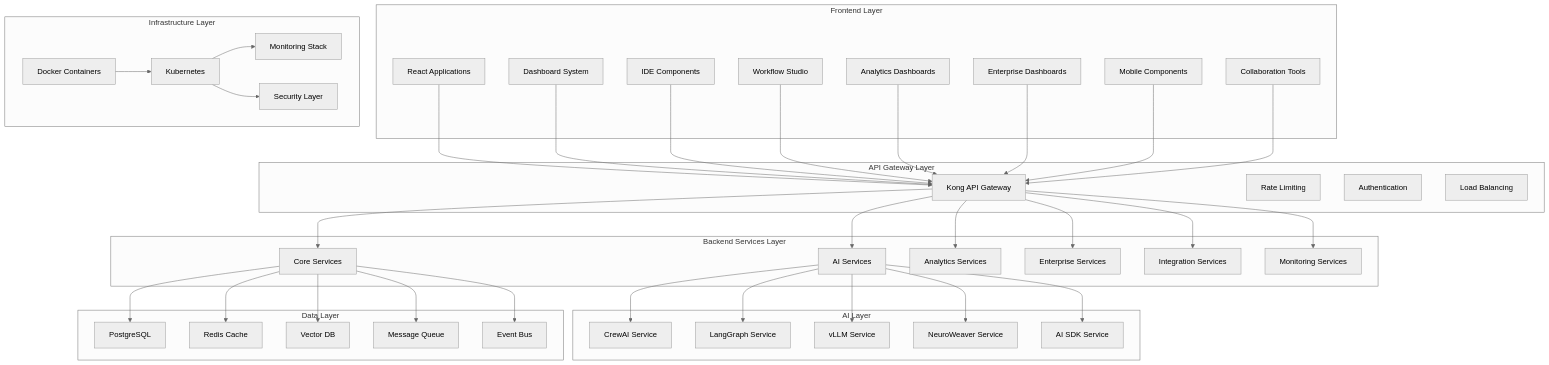
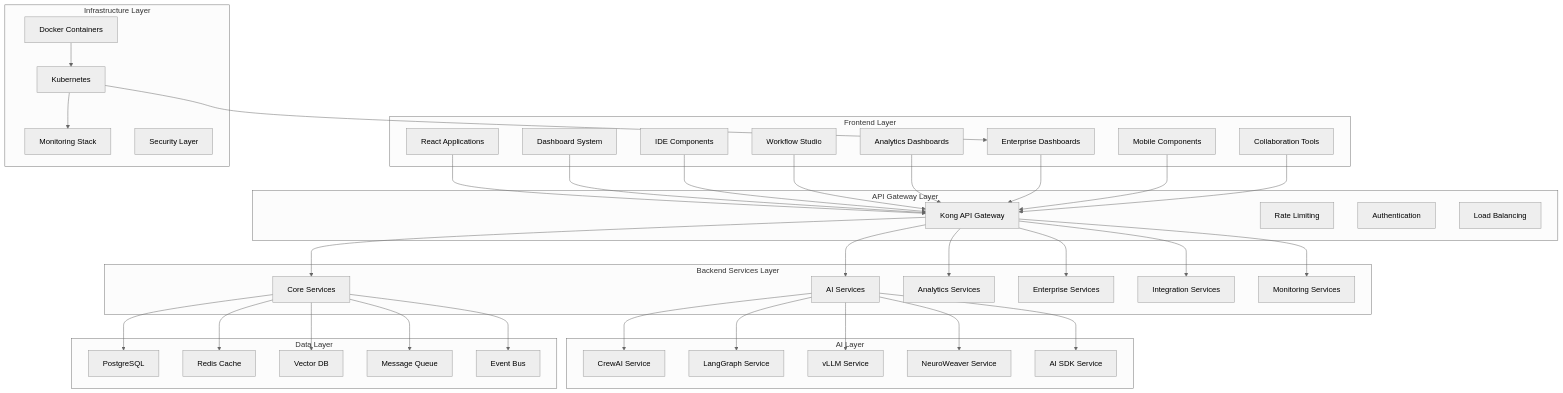
The diagram in docs/END_TO_END_INTEGRATION_DOCUMENTATION.md (toobutta/Auterity-Dream), drawn with Mermaid (neutral theme) before and after one commit. The commit also changed other lines of this file and 411 other files, not shown here.

````diff
--- a/docs/END_TO_END_INTEGRATION_DOCUMENTATION.md
+++ b/docs/END_TO_END_INTEGRATION_DOCUMENTATION.md
@@ -30,14 +108,14 @@
         G[Mobile Components]
         H[Collaboration Tools]
     end
-    
+
     subgraph "API Gateway Layer"
         I[Kong API Gateway]
         J[Rate Limiting]
         K[Authentication]
         L[Load Balancing]
     end
-    
+
     subgraph "Backend Services Layer"
         M[Core Services]
         N[AI Services]
@@ -46,7 +124,7 @@
         Q[Integration Services]
         R[Monitoring Services]
     end
-    
+
     subgraph "AI Layer"
         S[CrewAI Service]
         T[LangGraph Service]
@@ -54,7 +132,7 @@
         V[NeuroWeaver Service]
         W[AI SDK Service]
     end
-    
+
     subgraph "Data Layer"
         X[PostgreSQL]
         Y[Redis Cache]
@@ -62,43 +140,72 @@
         AA[Message Queue]
         BB[Event Bus]
     end
-    
+
     subgraph "Infrastructure Layer"
         CC[Docker Containers]
         DD[Kubernetes]
         EE[Monitoring Stack]
         FF[Security Layer]
     end
-    
+
     A --> I
+
     B --> I
+
     C --> I
+
     D --> I
+
     E --> I
+
     F --> I
+
     G --> I
+
     H --> I
-    
+
+
     I --> M
+
     I --> N
+
     I --> O
+
     I --> P
+
     I --> Q
+
     I --> R
-    
+
+
     N --> S
+
     N --> T
+
     N --> U
+
     N --> V
+
     N --> W
-    
+
+
     M --> X
+
     M --> Y
+
     M --> Z
+
     M --> AA
+
     M --> BB
-    
+
+
     CC --> DD
+
     DD --> EE
-    DD --> FF
+
+    DD --> F
+
+F
+
 ```
````
